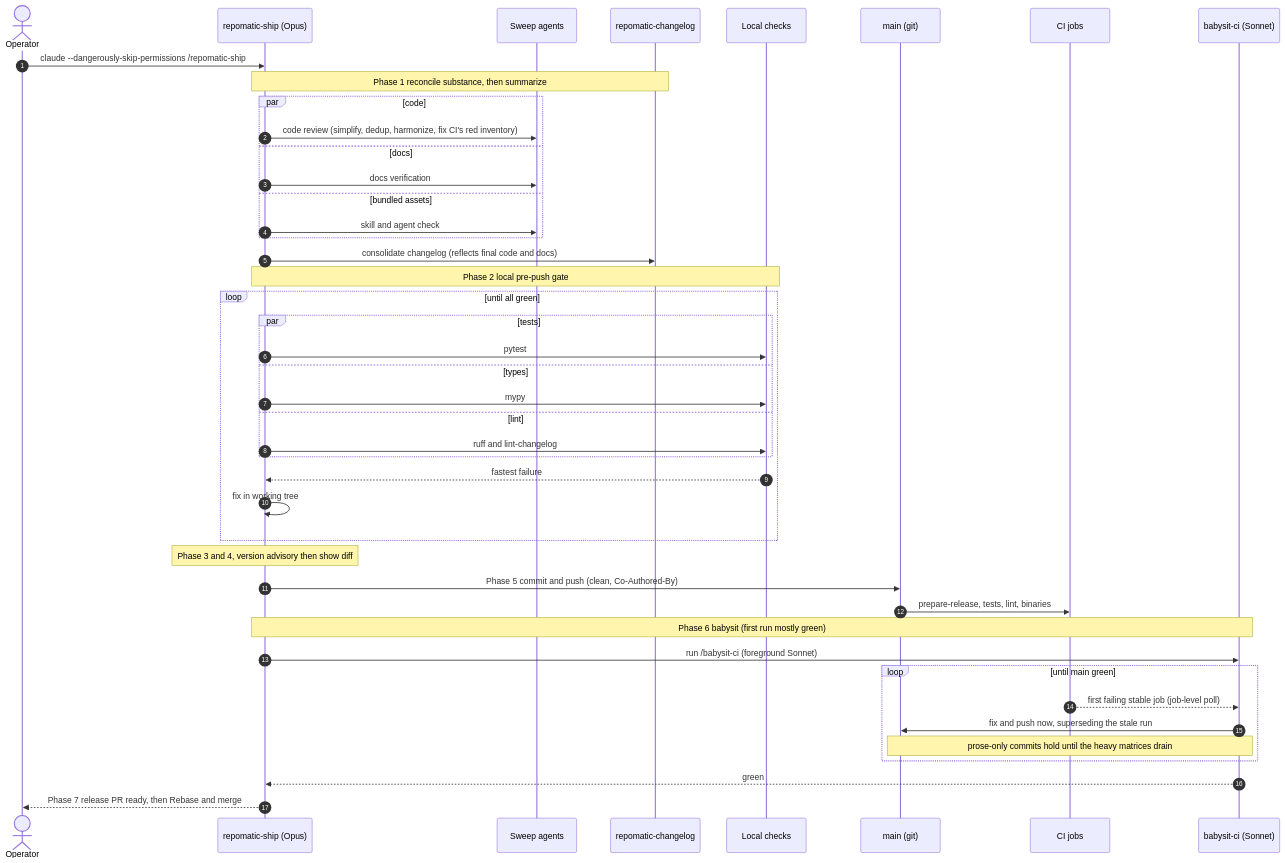
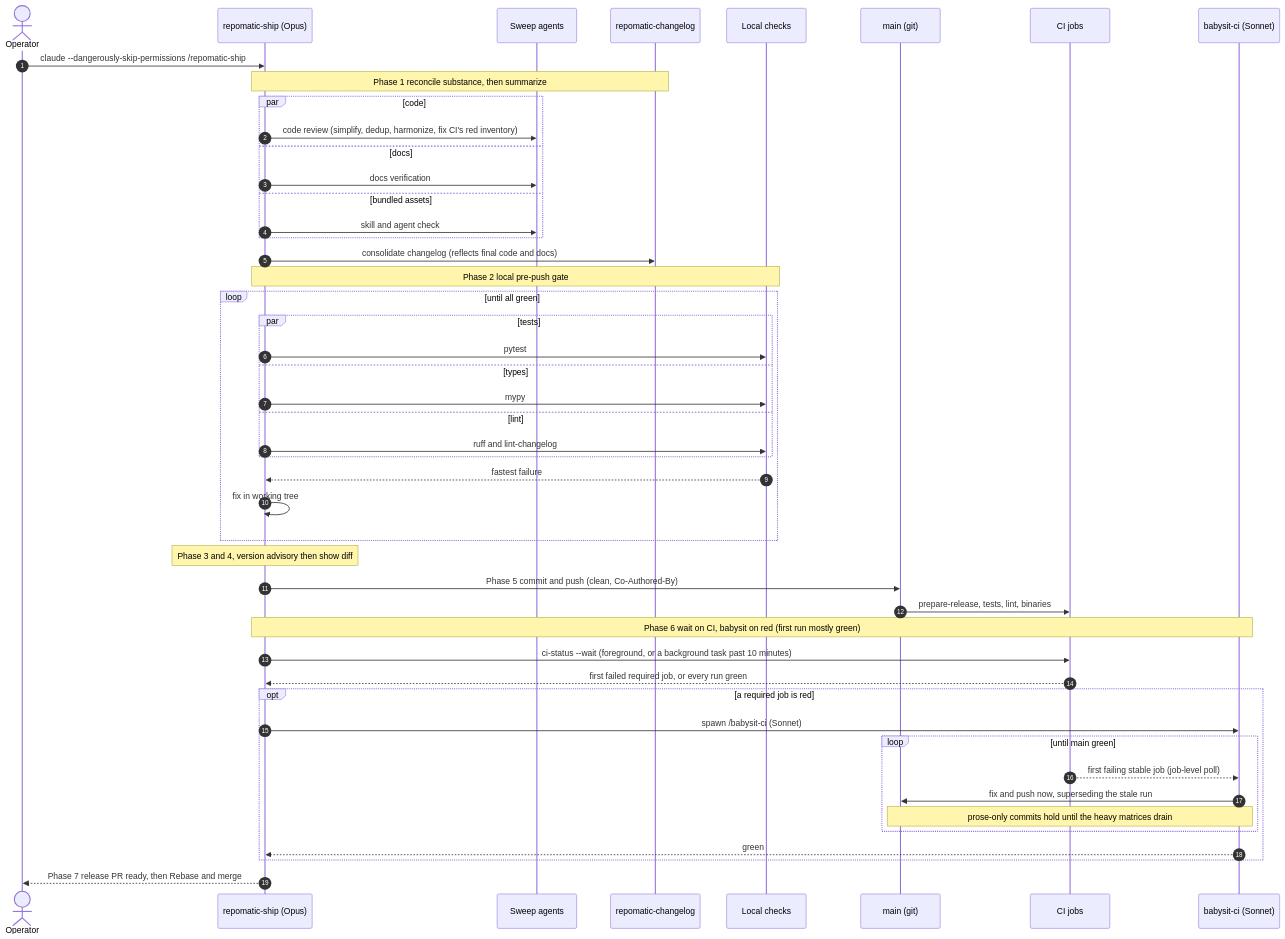
Before and after one commit to kdeldycke/repomatic: the first of 2 diagrams in docs/agent-skills.md, drawn with Mermaid. The commit also changed other lines of this file and 34 other files, not shown here.

````diff
--- a/docs/agent-skills.md
+++ b/docs/agent-skills.md
@@ -99,51 +99,55 @@
 ```mermaid
 sequenceDiagram
     autonumber
     actor Op as Operator
     participant Ship as repomatic-ship (Opus)
     participant AG as Sweep agents
     participant CL as repomatic-changelog
     participant Local as Local checks
     participant Main as main (git)
     participant CI as CI jobs
     participant BCI as babysit-ci (Sonnet)
 
     Op->>Ship: claude --dangerously-skip-permissions /repomatic-ship
 
     Note over Ship,CL: Phase 1 reconcile substance, then summarize
     par code
         Ship->>AG: code review (simplify, dedup, harmonize, fix CI's red inventory)
     and docs
         Ship->>AG: docs verification
     and bundled assets
         Ship->>AG: skill and agent check
     end
     Ship->>CL: consolidate changelog (reflects final code and docs)
 
     Note over Ship,Local: Phase 2 local pre-push gate
     loop until all green
         par tests
             Ship->>Local: pytest
         and types
             Ship->>Local: mypy
         and lint
             Ship->>Local: ruff and lint-changelog
         end
         Local-->>Ship: fastest failure
         Ship->>Ship: fix in working tree
     end
 
     Note over Ship: Phase 3 and 4, version advisory then show diff
     Ship->>Main: Phase 5 commit and push (clean, Co-Authored-By)
     Main->>CI: prepare-release, tests, lint, binaries
 
-    Note over Ship,BCI: Phase 6 babysit (first run mostly green)
-    Ship->>BCI: run /babysit-ci (foreground Sonnet)
-    loop until main green
-        CI-->>BCI: first failing stable job (job-level poll)
-        BCI->>Main: fix and push now, superseding the stale run
-        Note over BCI,Main: prose-only commits hold until the heavy matrices drain
+    Note over Ship,BCI: Phase 6 wait on CI, babysit on red (first run mostly green)
+    Ship->>CI: ci-status --wait (foreground, or a background task past 10 minutes)
+    CI-->>Ship: first failed required job, or every run green
+    opt a required job is red
+        Ship->>BCI: spawn /babysit-ci (Sonnet)
+        loop until main green
+            CI-->>BCI: first failing stable job (job-level poll)
+            BCI->>Main: fix and push now, superseding the stale run
+            Note over BCI,Main: prose-only commits hold until the heavy matrices drain
+        end
+        BCI-->>Ship: green
     end
-    BCI-->>Ship: green
     Ship-->>Op: Phase 7 release PR ready, then Rebase and merge
 ```
````
